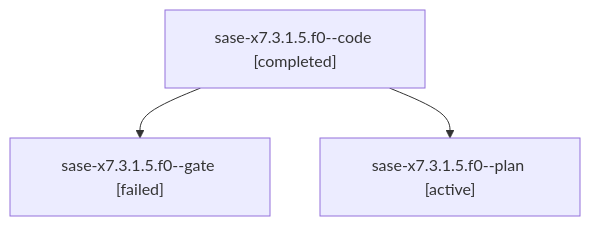
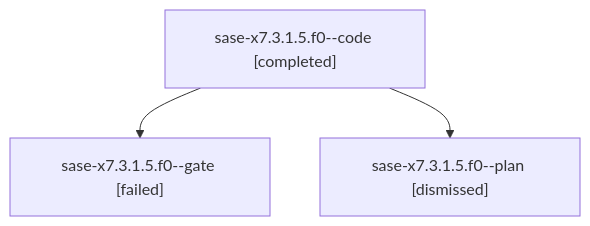
One commit to sase-org/sase--agents changed the diagram in sessions/bbugyi200.athena.sase-x7.3.1.5.f0.md. Above: the diagram before and after it, drawn with Mermaid. The commit also changed other lines of this file and 397 other files, not shown here.

````diff
--- a/sessions/bbugyi200.athena.sase-x7.3.1.5.f0.md
+++ b/sessions/bbugyi200.athena.sase-x7.3.1.5.f0.md
@@ -9,8 +9,8 @@
 ```mermaid
 flowchart TD
   n0["sase-x7.3.1.5.f0--code [completed]"]
   n1["sase-x7.3.1.5.f0--gate [failed]"]
   n0 --> n1
-  n2["sase-x7.3.1.5.f0--plan [active]"]
+  n2["sase-x7.3.1.5.f0--plan [dismissed]"]
   n0 --> n2
 ```
````
